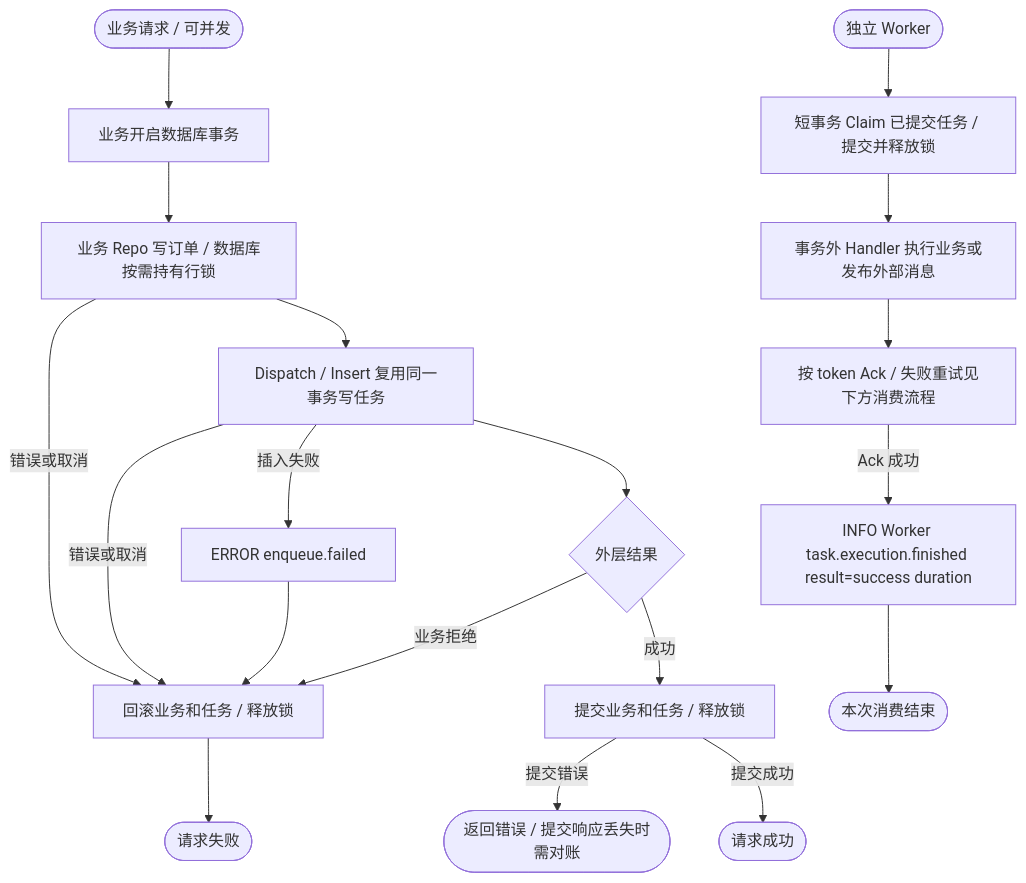
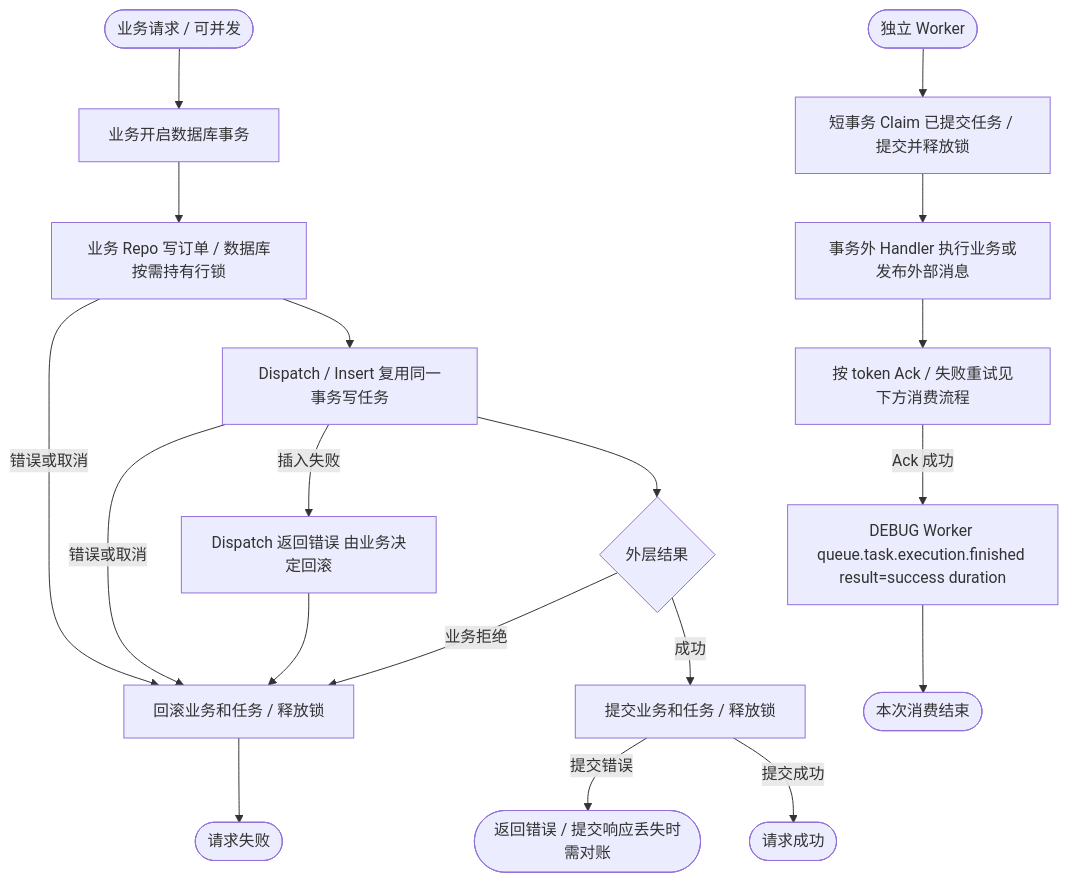
Before and after one commit to jaggerzhuang1994/kratos-foundation: the first of 2 diagrams in contrib/queue/database/README.md, drawn with Mermaid. The commit also changed other lines of this file and 204 other files, not shown here.

````diff
--- a/contrib/queue/database/README.md
+++ b/contrib/queue/database/README.md
@@ -88,20 +88,20 @@
 ```mermaid
 flowchart TD
     A([业务请求 / 可并发]) --> B[业务开启数据库事务]
     B --> C[业务 Repo 写订单 / 数据库按需持有行锁]
     C --> D[Dispatch / Insert 复用同一事务写任务]
     D --> E{外层结果}
     C & D -- 错误或取消 --> R[回滚业务和任务 / 释放锁]
-    D -- 插入失败 --> L[ERROR enqueue.failed]
+    D -- 插入失败 --> L[Dispatch 返回错误 由业务决定回滚]
     L --> R
     E -- 业务拒绝 --> R
     E -- 成功 --> F[提交业务和任务 / 释放锁]
     F -- 提交错误 --> U([返回错误 / 提交响应丢失时需对账])
     F -- 提交成功 --> G([请求成功])
     R --> H([请求失败])
     W([独立 Worker]) --> X[短事务 Claim 已提交任务 / 提交并释放锁]
     X --> Y[事务外 Handler 执行业务或发布外部消息]
     Y --> Z[按 token Ack / 失败重试见下方消费流程]
-    Z -- Ack 成功 --> O[INFO Worker task.execution.finished result=success duration]
+    Z -- Ack 成功 --> O[DEBUG Worker queue.task.execution.finished result=success duration]
     O --> Q([本次消费结束])
 ```
````
